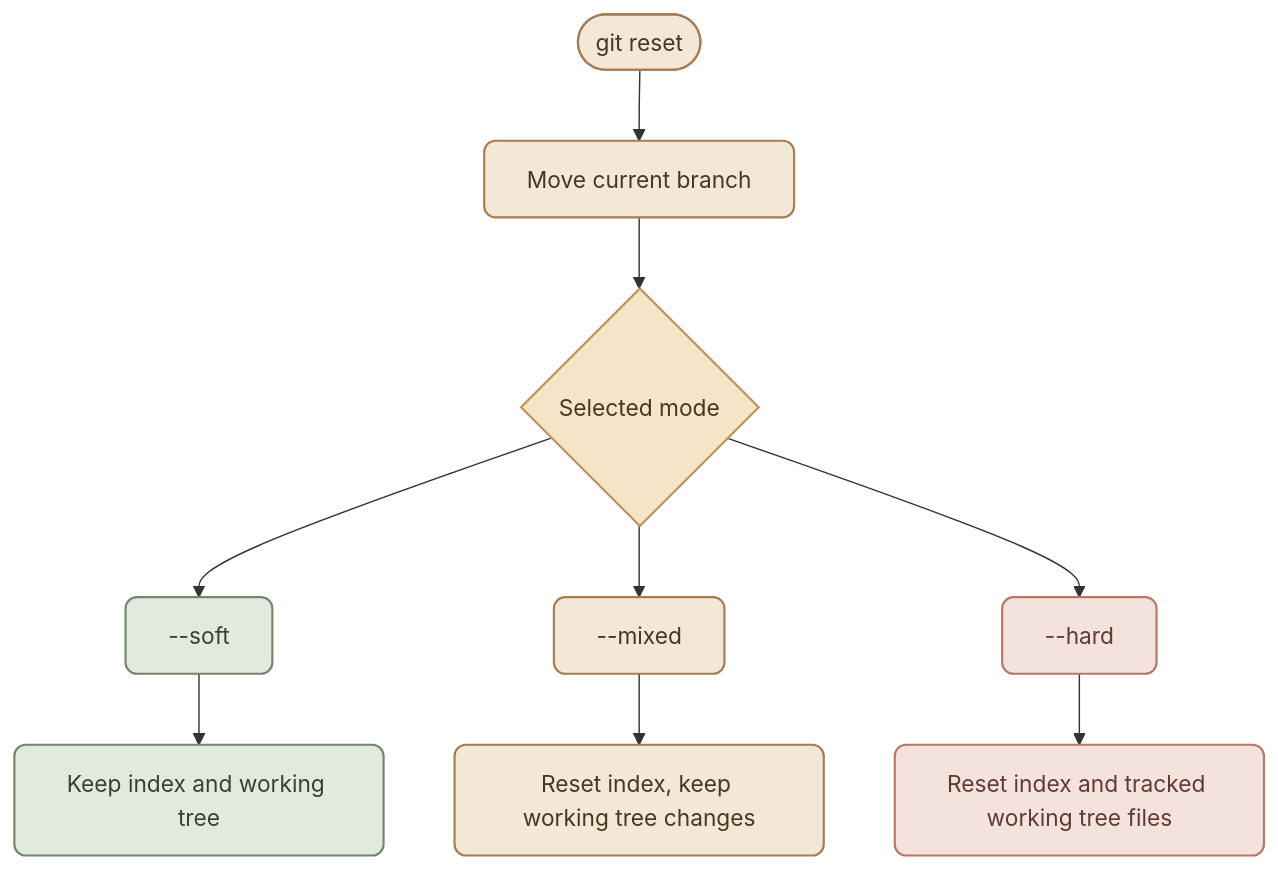
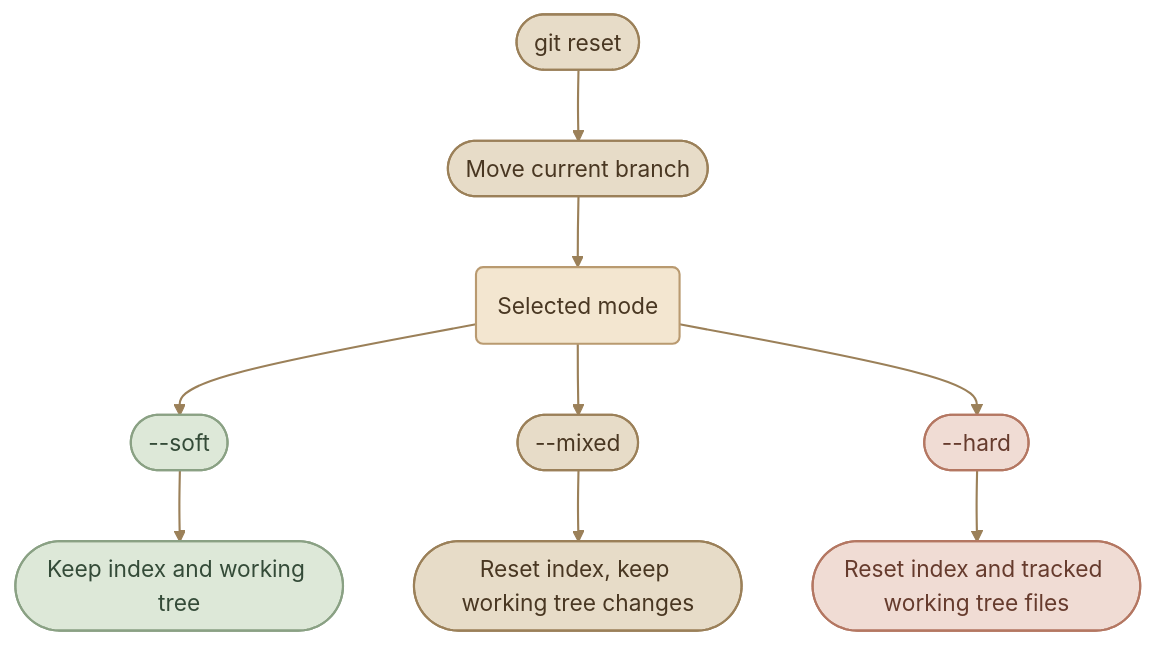
The second of 7 diagrams in content/version-control/Git and GitHub/undoing-changes.mdx (mustafammasoud/ops-handbook), drawn with Mermaid before and after one commit. The commit also changed other lines of this file and 17 other files, not shown here.

````diff
--- a/content/version-control/Git and GitHub/undoing-changes.mdx
+++ b/content/version-control/Git and GitHub/undoing-changes.mdx
@@ -274,22 +280,24 @@
 ```mermaid
 flowchart TD
-    A(["git reset <mode> <commit>"]) --> B["Move current branch"]
-    B --> C{"Selected mode"}
-    C --> D["--soft"]
-    C --> E["--mixed"]
-    C --> F["--hard"]
-    D --> G["Keep index and working tree"]
-    E --> H["Reset index, keep working tree changes"]
-    F --> I["Reset index and tracked working tree files"]
+    A(["git reset <mode> <commit>"]) --> B(["Move current branch"])
+    B --> C("Selected mode")
+    C --> D(["--soft"])
+    C --> E(["--mixed"])
+    C --> F(["--hard"])
+    D --> G(["Keep index and working tree"])
+    E --> H(["Reset index, keep working tree changes"])
+    F --> I(["Reset index and tracked working tree files"])
 
-    classDef action fill:#f3e8d5,stroke:#a67c52,color:#493522,stroke-width:1.5px,rx:8,ry:8
-    classDef safe fill:#e4e9df,stroke:#71866a,color:#344331,stroke-width:1.5px,rx:8,ry:8
-    classDef warning fill:#f4e2dd,stroke:#b87568,color:#603a33,stroke-width:1.5px,rx:8,ry:8
-    classDef decision fill:#f5e4c7,stroke:#bd9259,color:#493522,stroke-width:1.5px,rx:8,ry:8
+    classDef action fill:#E7DCC8,stroke:#9B8059,color:#493722,stroke-width:1.5px
+    classDef safe fill:#DDE8D8,stroke:#8AA184,color:#344B38,stroke-width:1.5px
+    classDef warning fill:#f0dcd4,stroke:#b47762,color:#663b2d,stroke-width:1.5px
+    classDef decision fill:#F3E6D0,stroke:#B99A70,color:#493722,stroke-width:1.5px
 
     class A,B action
     class C decision
     class D,G safe
     class E,H action
     class F,I warning
+
+    linkStyle default stroke:#9B8059,stroke-width:1.5px
 ```
````
